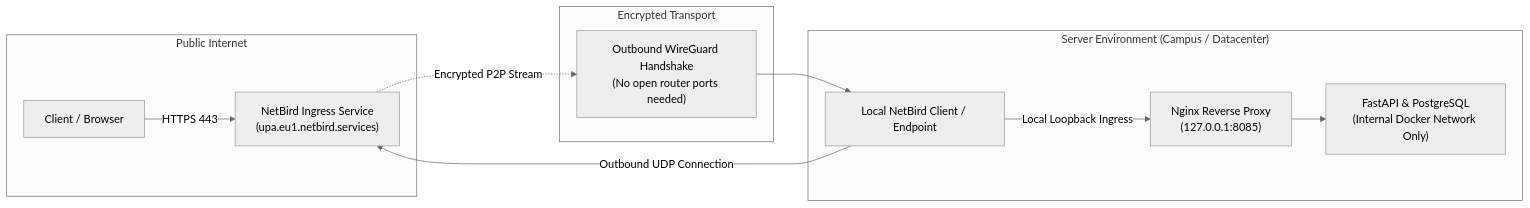
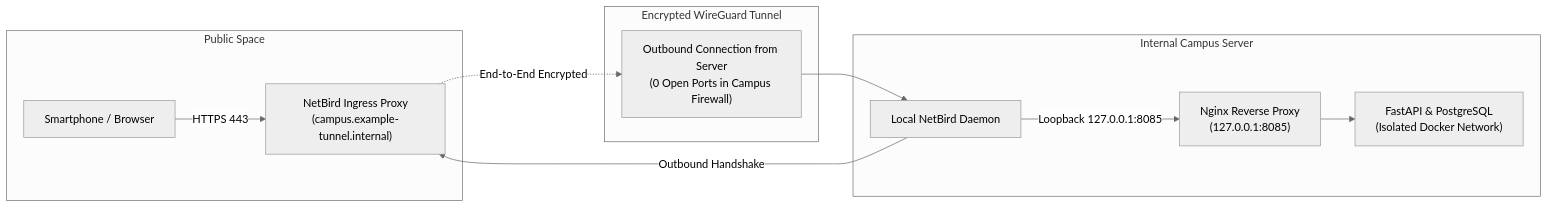
The third of 3 diagrams in content/posts/upa-campus-app-architecture-part-3/index.en.md (Pascal-Thommen/pascal-thommen.github.io), drawn with Mermaid (neutral theme) before and after one commit. The commit also changed other lines of this file and 20 other files, not shown here.

Commit message:
feat(posts): refine UPA Campus App architecture series with holistic webapp mental model and specification depth

````diff
--- a/content/posts/upa-campus-app-architecture-part-3/index.en.md
+++ b/content/posts/upa-campus-app-architecture-part-3/index.en.md
@@ -88,22 +111,22 @@
 ```mermaid
 flowchart LR
-    subgraph PublicNet["Public Internet"]
-        Client["Client / Browser"]
-        NetBirdCloud["NetBird Ingress Service\n(upa.eu1.netbird.services)"]
+    subgraph PublicNet["Public Space"]
+        Client["Smartphone / Browser"]
+        NetBirdIngress["NetBird Ingress Proxy\n(campus.example-tunnel.internal)"]
     end
-    subgraph TunnelMechanism["Encrypted Transport"]
-        Outbound["Outbound WireGuard Handshake\n(No open router ports needed)"]
+    subgraph TunnelMechanism["Encrypted WireGuard Tunnel"]
+        Outbound["Outbound Connection from Server\n(0 Open Ports in Campus Firewall)"]
     end
-    subgraph PrivateServer["Server Environment (Campus / Datacenter)"]
-        NetBirdDaemon["Local NetBird Client / Endpoint"]
+    subgraph PrivateServer["Internal Campus Server"]
+        NetBirdDaemon["Local NetBird Daemon"]
         Nginx["Nginx Reverse Proxy\n(127.0.0.1:8085)"]
-        AppServices["FastAPI & PostgreSQL\n(Internal Docker Network Only)"]
+        AppServices["FastAPI & PostgreSQL\n(Isolated Docker Network)"]
     end
 
-    Client -->|HTTPS 443| NetBirdCloud
-    NetBirdDaemon -->|Outbound UDP Connection| NetBirdCloud
-    NetBirdCloud -.->|Encrypted P2P Stream| Outbound
+    Client -->|HTTPS 443| NetBirdIngress
+    NetBirdDaemon -->|Outbound Handshake| NetBirdIngress
+    NetBirdIngress -.->|End-to-End Encrypted| Outbound
     Outbound --> NetBirdDaemon
-    NetBirdDaemon -->|Local Loopback Ingress| Nginx
+    NetBirdDaemon -->|Loopback 127.0.0.1:8085| Nginx
     Nginx --> AppServices
 ```
````
